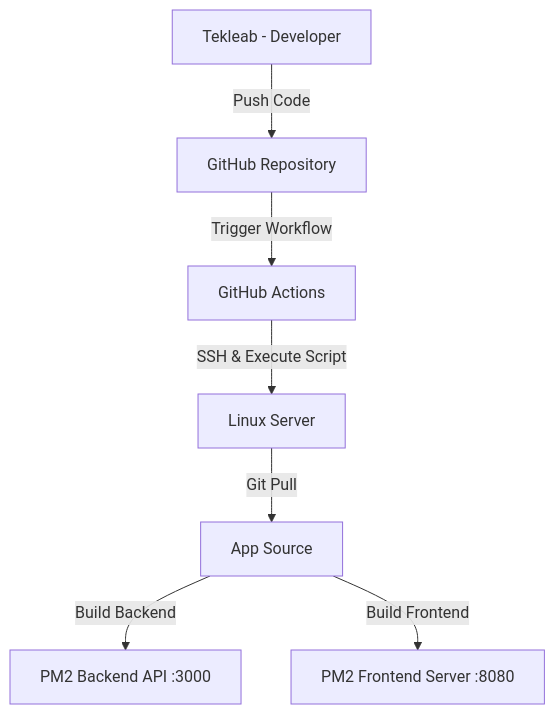
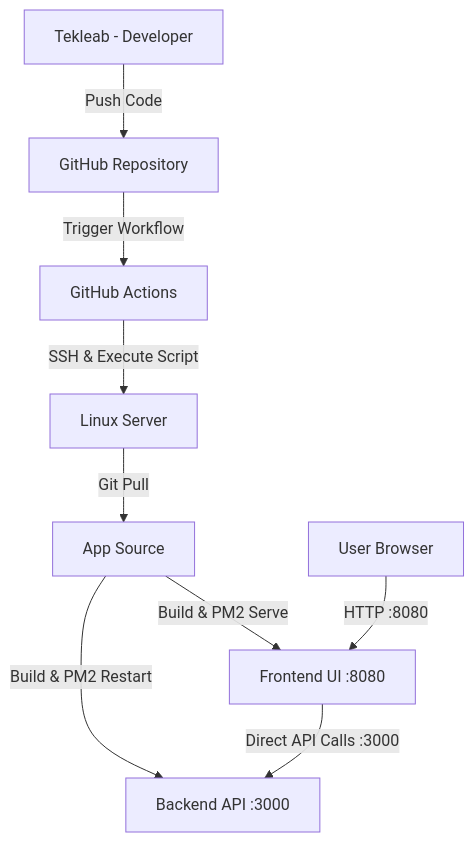
Before and after one commit to tekleab/webstack-portfolio-project-todo-app: the diagram in DEPLOYMENT.md, drawn with Mermaid. The commit also changed other lines of this file, not shown here.

Commit message:
Docs: Update deployment architecture to reflect port-based setup

````diff
--- a/DEPLOYMENT.md
+++ b/DEPLOYMENT.md
@@ -13,9 +11,11 @@
 ```mermaid
 graph TD
     A[Tekleab - Developer] -->|Push Code| B[GitHub Repository]
     B -->|Trigger Workflow| C[GitHub Actions]
     C -->|SSH & Execute Script| D[Linux Server]
     D -->|Git Pull| E[App Source]
-    E -->|Build Backend| F[PM2 Backend API :3000]
-    E -->|Build Frontend| G[PM2 Frontend Server :8080]
+    E -->|Build & PM2 Restart| F[Backend API :3000]
+    E -->|Build & PM2 Serve| G[Frontend UI :8080]
+    H[User Browser] -->|HTTP :8080| G
+    G -->|Direct API Calls :3000| F
 ```
````
